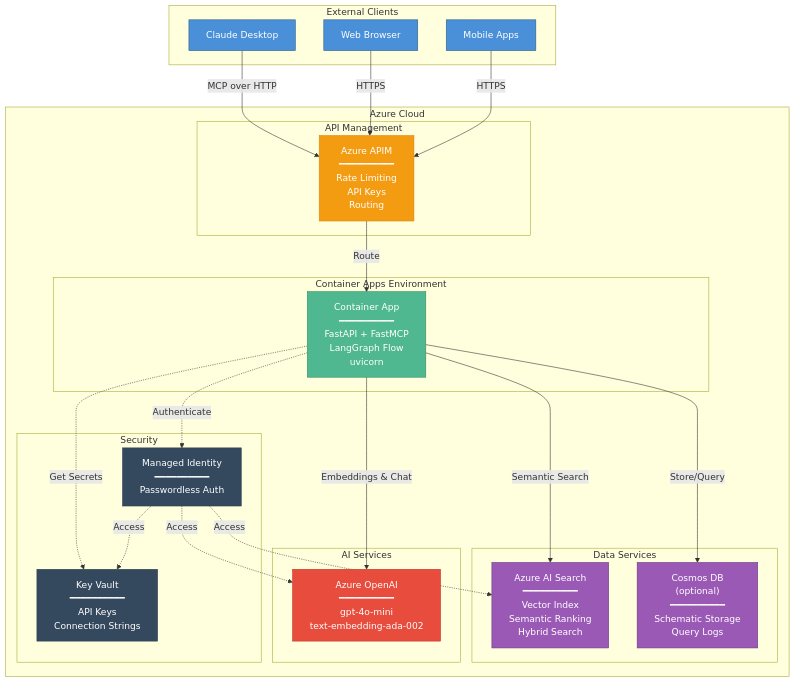
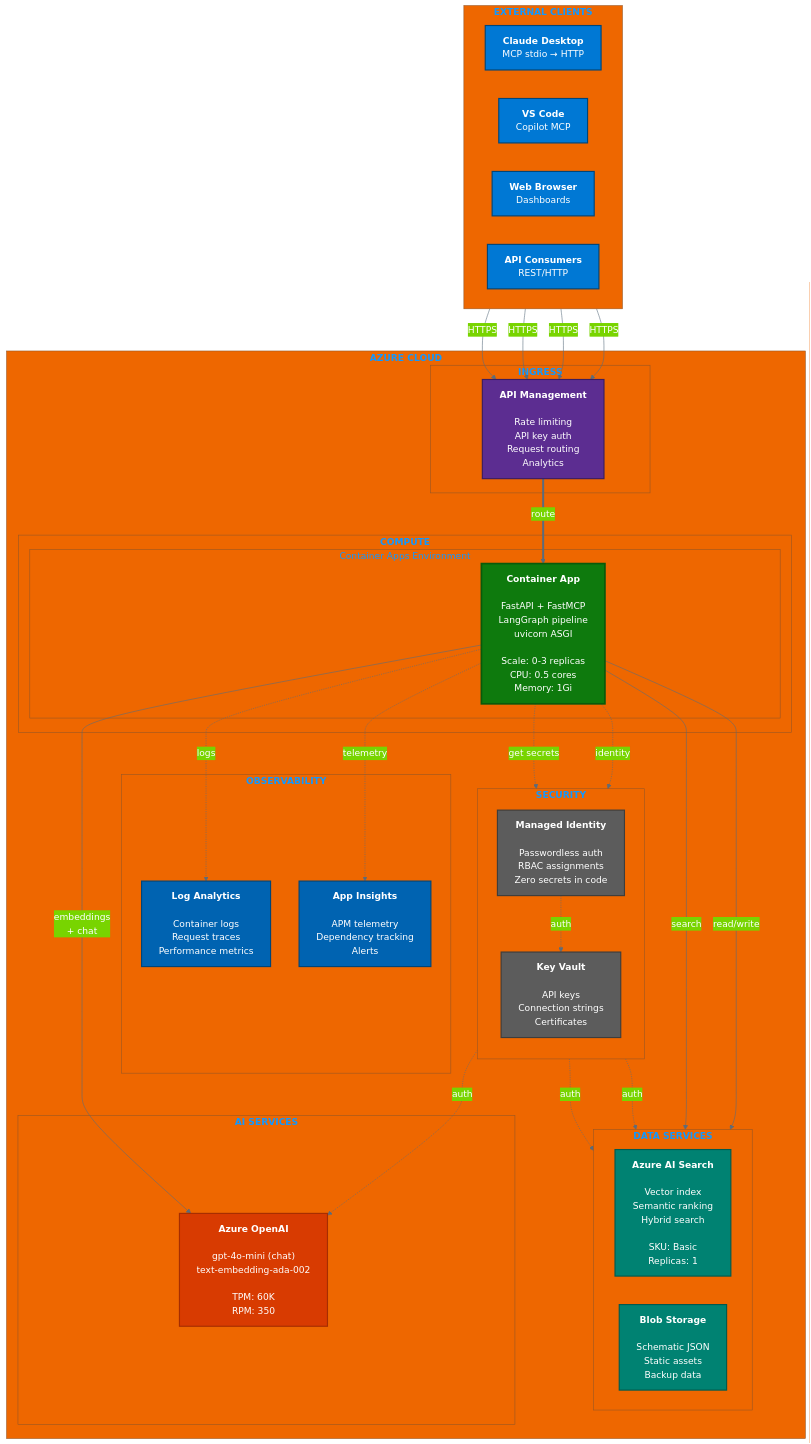
The diagram in docs/diagrams/azure-deploy.md (timothywarner-org/context-engineering), drawn with Mermaid before and after one commit. The commit also changed other lines of this file and 6 other files, not shown here.

First line of the commit message:
Add architecture diagrams and MCP primitives documentation

````diff
--- a/docs/diagrams/azure-deploy.md
+++ b/docs/diagrams/azure-deploy.md
@@ -3,62 +3,87 @@
 ```mermaid
+%%{init: {'theme': 'base', 'themeVariables': { 'primaryColor': '#0078d4', 'primaryTextColor': '#fff', 'primaryBorderColor': '#004578', 'lineColor': '#5a6c7d', 'fontFamily': 'Segoe UI, system-ui, sans-serif'}}}%%
 flowchart TB
-    subgraph External["External Clients"]
-        CD["Claude Desktop"]
-        WEB["Web Browser"]
-        MOBILE["Mobile Apps"]
+    subgraph Clients["<b>EXTERNAL CLIENTS</b>"]
+        direction LR
+        CD["<b>Claude Desktop</b><br/>MCP stdio → HTTP"]
+        VSC["<b>VS Code</b><br/>Copilot MCP"]
+        WEB["<b>Web Browser</b><br/>Dashboards"]
+        API["<b>API Consumers</b><br/>REST/HTTP"]
     end
 
-    subgraph Azure["Azure Cloud"]
-        subgraph Networking["API Management"]
-            APIM["Azure APIM<br/>━━━━━━━━━━<br/>Rate Limiting<br/>API Keys<br/>Routing"]
+    subgraph Azure["<b>AZURE CLOUD</b>"]
+
+        subgraph Gateway["<b>INGRESS</b>"]
+            APIM["<b>API Management</b><br/><br/>Rate limiting<br/>API key auth<br/>Request routing<br/>Analytics"]
         end
 
-        subgraph Compute["Container Apps Environment"]
-            CA["Container App<br/>━━━━━━━━━━<br/>FastAPI + FastMCP<br/>LangGraph Flow<br/>uvicorn"]
+        subgraph Compute["<b>COMPUTE</b>"]
+            subgraph CAE["Container Apps Environment"]
+                CA["<b>Container App</b><br/><br/>FastAPI + FastMCP<br/>LangGraph pipeline<br/>uvicorn ASGI<br/><br/>Scale: 0-3 replicas<br/>CPU: 0.5 cores<br/>Memory: 1Gi"]
+            end
         end
 
-        subgraph Data["Data Services"]
-            AIS["Azure AI Search<br/>━━━━━━━━━━<br/>Vector Index<br/>Semantic Ranking<br/>Hybrid Search"]
-            COSMOS["Cosmos DB<br/>(optional)<br/>━━━━━━━━━━<br/>Schematic Storage<br/>Query Logs"]
+        subgraph Data["<b>DATA SERVICES</b>"]
+            direction LR
+            AIS["<b>Azure AI Search</b><br/><br/>Vector index<br/>Semantic ranking<br/>Hybrid search<br/><br/>SKU: Basic<br/>Replicas: 1"]
+            BLOB["<b>Blob Storage</b><br/><br/>Schematic JSON<br/>Static assets<br/>Backup data"]
         end
 
-        subgraph AI["AI Services"]
-            AOAI["Azure OpenAI<br/>━━━━━━━━━━<br/>gpt-4o-mini<br/>text-embedding-ada-002"]
+        subgraph AI["<b>AI SERVICES</b>"]
+            AOAI["<b>Azure OpenAI</b><br/><br/>gpt-4o-mini (chat)<br/>text-embedding-ada-002<br/><br/>TPM: 60K<br/>RPM: 350"]
         end
 
-        subgraph Security["Security"]
-            KV["Key Vault<br/>━━━━━━━━━━<br/>API Keys<br/>Connection Strings"]
-            MI["Managed Identity<br/>━━━━━━━━━━<br/>Passwordless Auth"]
+        subgraph Security["<b>SECURITY</b>"]
+            direction TB
+            KV["<b>Key Vault</b><br/><br/>API keys<br/>Connection strings<br/>Certificates"]
+            MI["<b>Managed Identity</b><br/><br/>Passwordless auth<br/>RBAC assignments<br/>Zero secrets in code"]
         end
+
+        subgraph Monitor["<b>OBSERVABILITY</b>"]
+            LAW["<b>Log Analytics</b><br/><br/>Container logs<br/>Request traces<br/>Performance metrics"]
+            AI_INS["<b>App Insights</b><br/><br/>APM telemetry<br/>Dependency tracking<br/>Alerts"]
+        end
+
     end
 
-    CD -->|MCP over HTTP| APIM
-    WEB -->|HTTPS| APIM
-    MOBILE -->|HTTPS| APIM
+    %% Client connections
+    CD -->|"HTTPS"| APIM
+    VSC -->|"HTTPS"| APIM
+    WEB -->|"HTTPS"| APIM
+    API -->|"HTTPS"| APIM
 
-    APIM -->|Route| CA
+    %% Internal connections
+    APIM ==>|"route"| CA
+    CA -->|"search"| AIS
+    CA -->|"read/write"| BLOB
+    CA -->|"embeddings<br/>+ chat"| AOAI
 
-    CA -->|Semantic Search| AIS
-    CA -->|Store/Query| COSMOS
-    CA -->|Embeddings & Chat| AOAI
+    %% Security connections
+    CA -.->|"get secrets"| KV
+    MI -.->|"auth"| KV
+    MI -.->|"auth"| AIS
+    MI -.->|"auth"| AOAI
+    MI -.->|"auth"| BLOB
+    CA -.->|"identity"| MI
 
-    CA -.->|Get Secrets| KV
-    CA -.->|Authenticate| MI
-    MI -.->|Access| KV
-    MI -.->|Access| AIS
-    MI -.->|Access| AOAI
+    %% Monitoring
+    CA -.->|"logs"| LAW
+    CA -.->|"telemetry"| AI_INS
 
-    classDef externalNode fill:#4a90d9,stroke:#2e5984,color:#fff
-    classDef networkNode fill:#f39c12,stroke:#d68910,color:#fff
-    classDef computeNode fill:#50b890,stroke:#2e8b57,color:#fff
-    classDef dataNode fill:#9b59b6,stroke:#6c3483,color:#fff
-    classDef aiNode fill:#e74c3c,stroke:#c0392b,color:#fff
-    classDef securityNode fill:#34495e,stroke:#2c3e50,color:#fff
+    %% Styling
+    classDef clientBox fill:#0078d4,stroke:#004578,color:#fff,stroke-width:2px
+    classDef gatewayBox fill:#5c2d91,stroke:#3b1d5e,color:#fff,stroke-width:2px
+    classDef computeBox fill:#0e7a0d,stroke:#0a5a0a,color:#fff,stroke-width:3px
+    classDef dataBox fill:#008272,stroke:#005a4e,color:#fff,stroke-width:2px
+    classDef aiBox fill:#d83b01,stroke:#a62d01,color:#fff,stroke-width:2px
+    classDef securityBox fill:#5c5c5c,stroke:#3d3d3d,color:#fff,stroke-width:2px
+    classDef monitorBox fill:#0063b1,stroke:#004578,color:#fff,stroke-width:2px
 
-    class CD,WEB,MOBILE externalNode
-    class APIM networkNode
-    class CA computeNode
-    class AIS,COSMOS dataNode
-    class AOAI aiNode
-    class KV,MI securityNode
+    class CD,VSC,WEB,API clientBox
+    class APIM gatewayBox
+    class CA computeBox
+    class AIS,BLOB dataBox
+    class AOAI aiBox
+    class KV,MI securityBox
+    class LAW,AI_INS monitorBox
 ```
````
